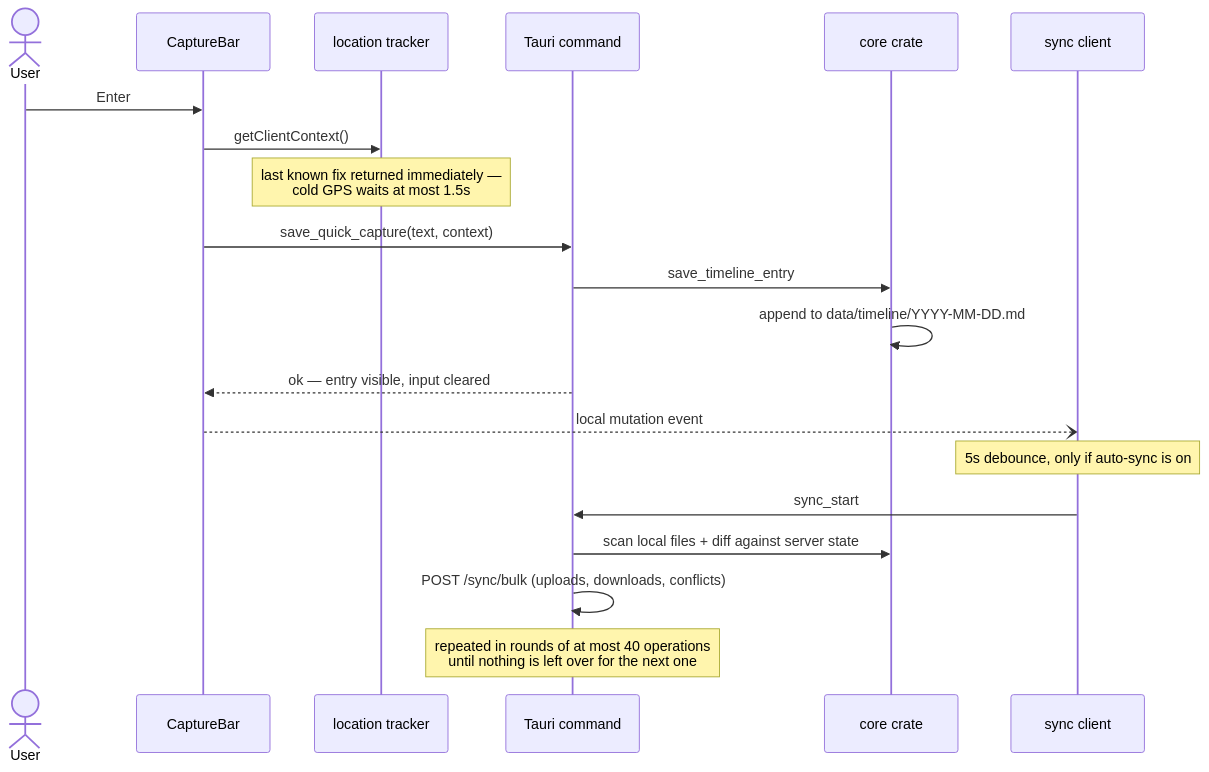
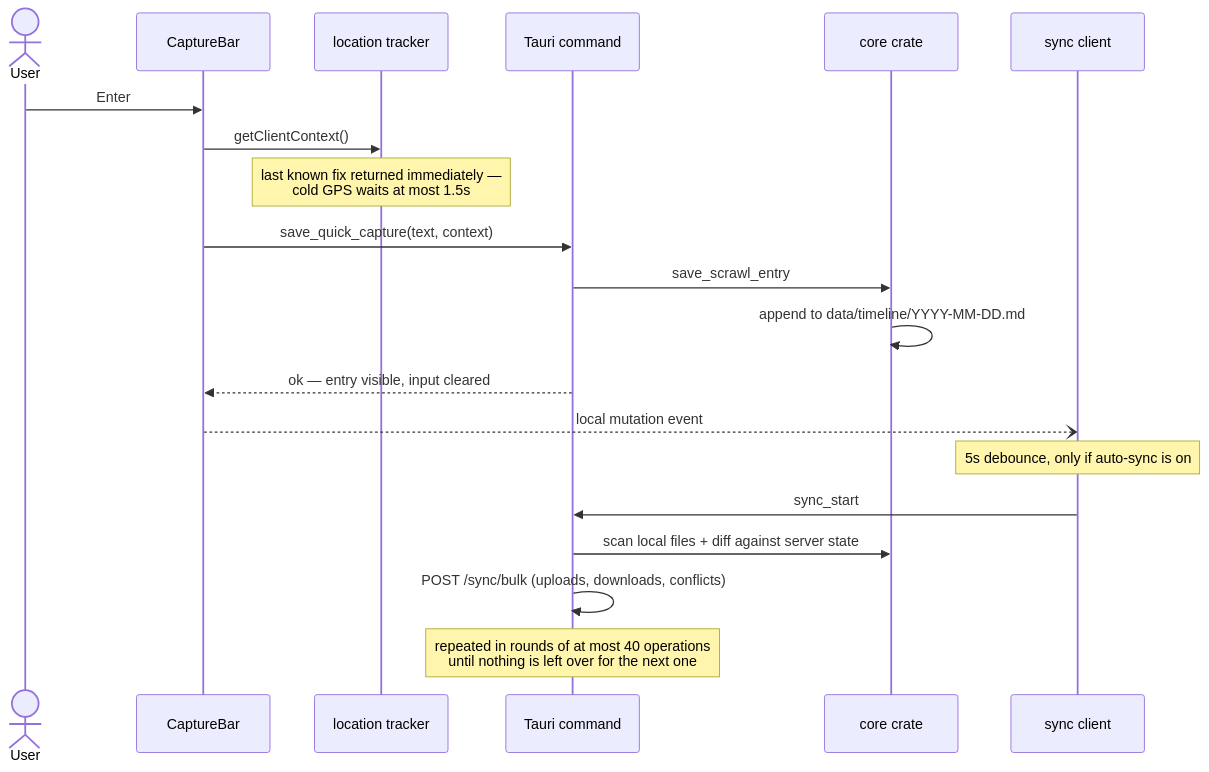
Before and after one commit to Xantibody/magical-merchant: the third of 3 diagrams in docs/introduction.md, drawn with Mermaid. The commit also changed other lines of this file and 84 other files, not shown here.

````diff
--- a/docs/introduction.md
+++ b/docs/introduction.md
@@ -130,23 +130,23 @@
 ```mermaid
 sequenceDiagram
     actor User
     participant UI as CaptureBar
     participant Ctx as location tracker
     participant Rust as Tauri command
     participant Core as core crate
     participant Sync as sync client
 
     User->>UI: Enter
     UI->>Ctx: getClientContext()
     Note over Ctx: last known fix returned immediately —<br/>cold GPS waits at most 1.5s
     UI->>Rust: save_quick_capture(text, context)
-    Rust->>Core: save_timeline_entry
+    Rust->>Core: save_scrawl_entry
     Core->>Core: append to data/timeline/YYYY-MM-DD.md
     Rust-->>UI: ok — entry visible, input cleared
     UI--)Sync: local mutation event
     Note over Sync: 5s debounce, only if auto-sync is on
     Sync->>Rust: sync_start
     Rust->>Core: scan local files + diff against server state
     Rust->>Rust: POST /sync/bulk (uploads, downloads, conflicts)
     Note over Rust: repeated in rounds of at most 40 operations<br/>until nothing is left over for the next one
 ```
````
